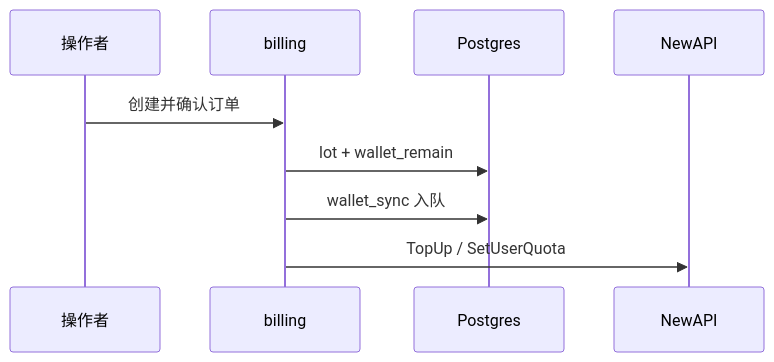
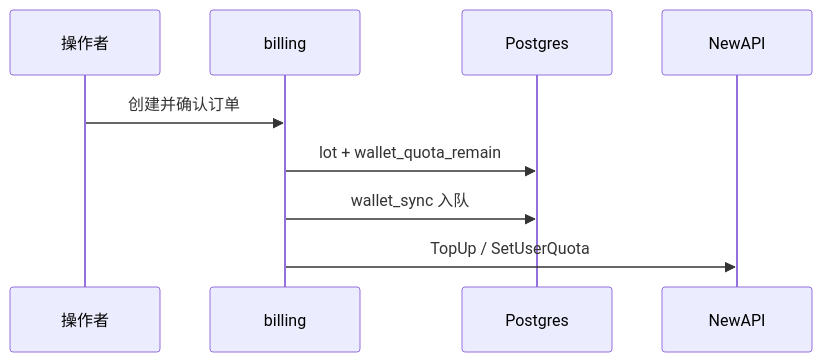
The tenth of 10 diagrams in docs/Backend-预算.md (quyip8818/mytokenjoy), drawn with Mermaid before and after one commit. The commit also changed other lines of this file and 43 other files, not shown here.

Commit message:
rename wallet_remain → wallet_quota_remain

````diff
--- a/docs/Backend-预算.md
+++ b/docs/Backend-预算.md
@@ -392,12 +392,12 @@
 ```mermaid
 sequenceDiagram
   participant U as 操作者
   participant B as billing
   participant DB as Postgres
   participant NA as NewAPI
 
   U->>B: 创建并确认订单
-  B->>DB: lot + wallet_remain
+  B->>DB: lot + wallet_quota_remain
   B->>DB: wallet_sync 入队
   B->>NA: TopUp / SetUserQuota
 ```
````
